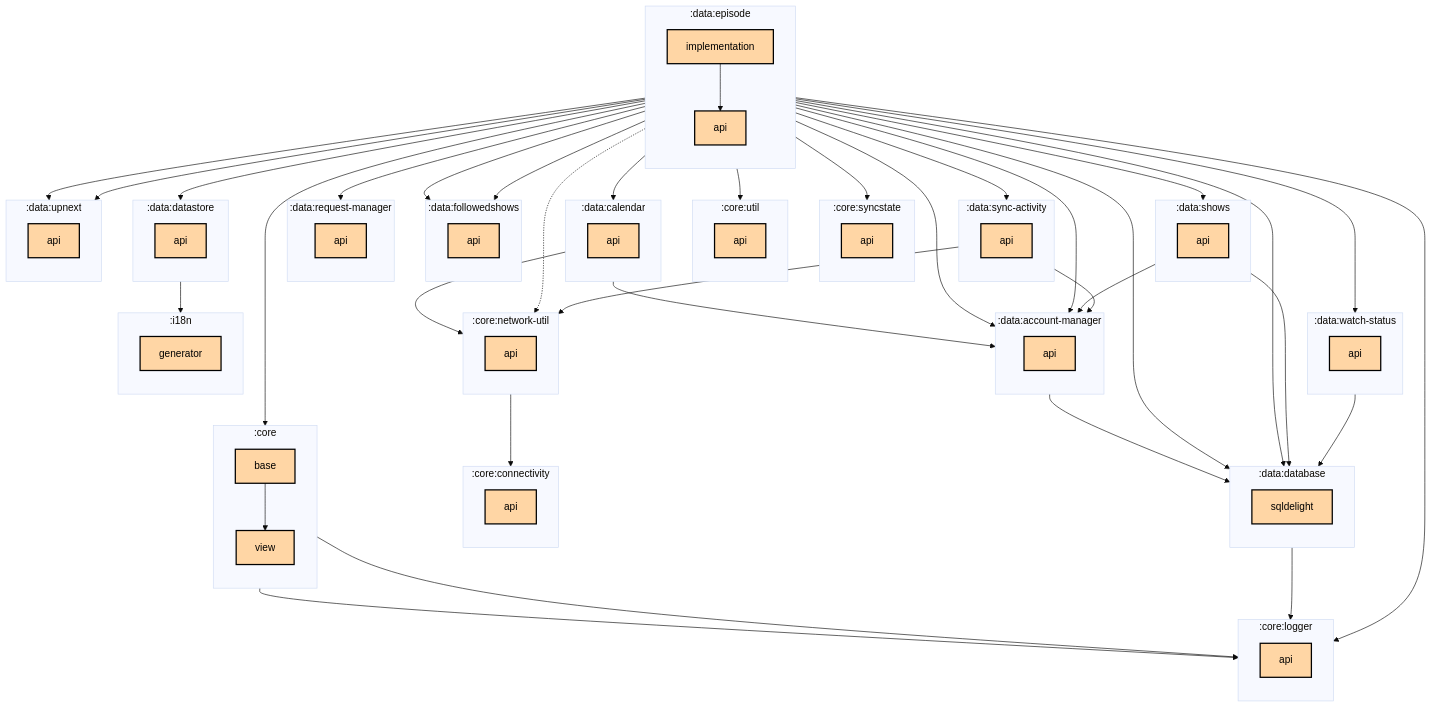
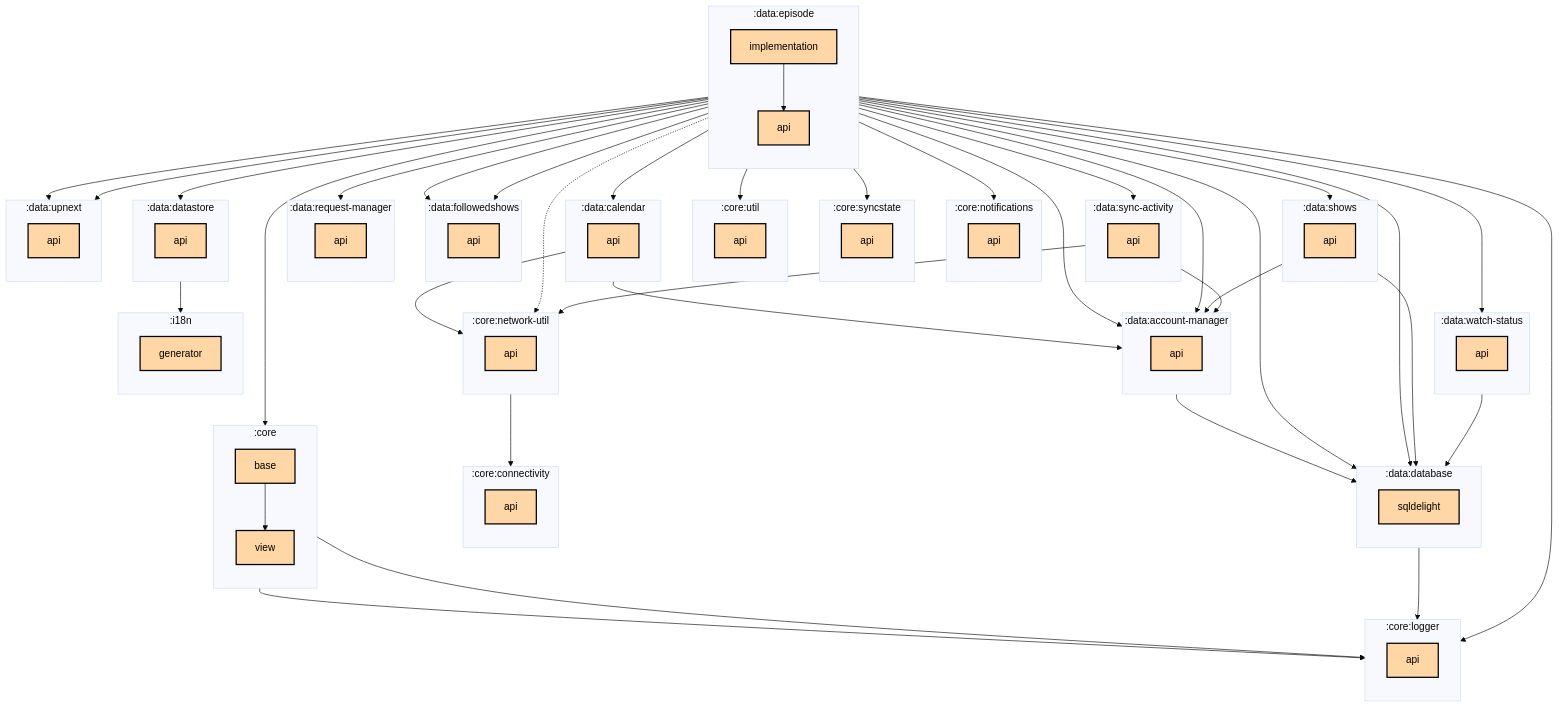
Before and after one commit to thomaskioko/tv-maniac: the first of 2 diagrams in data/episode/implementation/README.md, drawn with Mermaid (base theme). The commit also changed 18 other files, not shown here.

```diff
--- a/data/episode/implementation/README.md
+++ b/data/episode/implementation/README.md
@@ -21,6 +21,10 @@
   subgraph :core:network-util
     direction TB
     :core:network-util:api[api]:::multiplatform
+  end
+  subgraph :core:notifications
+    direction TB
+    :core:notifications:api[api]:::multiplatform
   end
   subgraph :core:syncstate
     direction TB
@@ -96,6 +100,7 @@
   :data:episode:implementation --> :core:base
   :data:episode:implementation --> :core:logger:api
   :data:episode:implementation -.-> :core:network-util:api
+  :data:episode:implementation --> :core:notifications:api
   :data:episode:implementation --> :core:syncstate:api
   :data:episode:implementation --> :core:util:api
   :data:episode:implementation --> :data:account-manager:api
```
